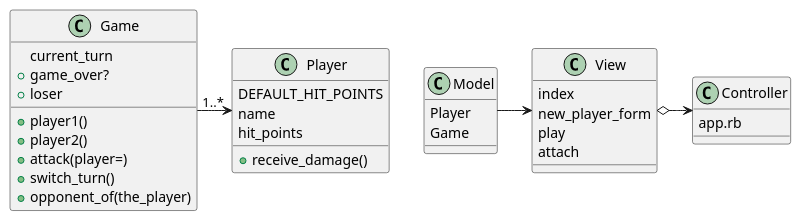
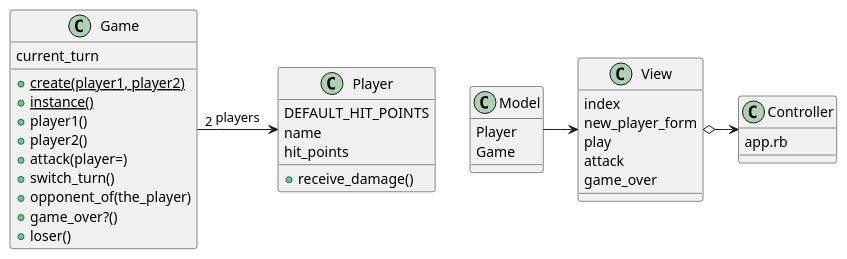
Before and after one commit to meta-morpho-sys/new_battle2: the diagram in battle.puml, drawn with PlantUML. The commit also changed 2 other files, not shown here.

Commit message:
Updated readme and diagram.

```diff
--- a/battle.puml
+++ b/battle.puml
@@ -1,42 +1,45 @@
 @startuml
 
 class Game {
+    +{static} create(player1, player2)
+    +{static} instance()
     current_turn
     +player1()
     +player2()
     +attack(player=)
     +switch_turn()
     +opponent_of(the_player)
-    +game_over?
-    +loser
+    +game_over?()
+    +loser()
 }
 
 class Player {
     DEFAULT_HIT_POINTS
     name
     hit_points
     +receive_damage()
 }
 
 class Model {
     Player
     Game
 }
 
 class Controller {
     app.rb
 }
 
 class View {
     index
     new_player_form
     play
-    attach
+    attack
+    game_over
 }
 
-Game -> "1..*" Player
+Game -> Player :"2" players
 
 Model ->View
 View o-> Controller
 
 @enduml
```
